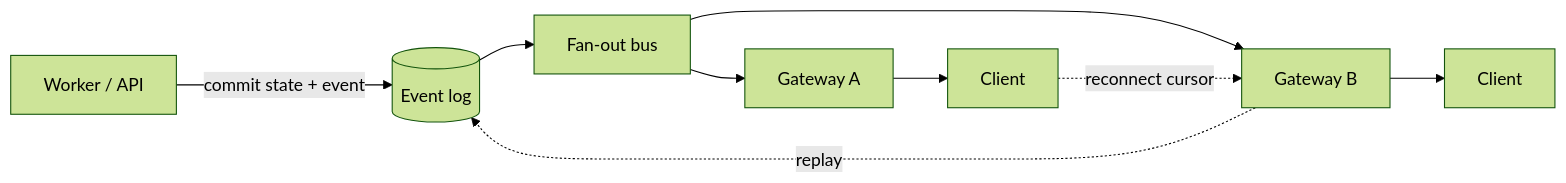
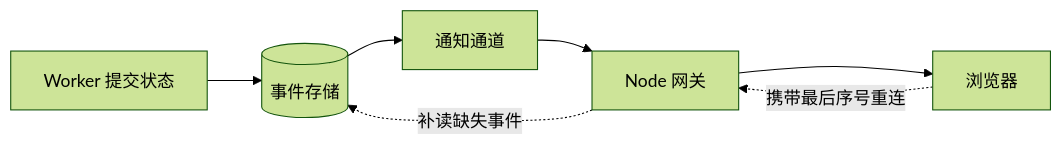
Before and after one commit to upJiang/jiang-blog-vitepress: the diagram in docs/backend/node-realtime.md, drawn with Mermaid (forest theme). The commit also changed other lines of this file and 164 other files, not shown here.

````diff
--- a/docs/backend/node-realtime.md
+++ b/docs/backend/node-realtime.md
@@ -55,11 +24,9 @@
 ```mermaid
 flowchart LR
-  W[Worker / API] -->|commit state + event| D[(Event log)]
-  D --> B[Fan-out bus]
-  B --> G1[Gateway A]
-  B --> G2[Gateway B]
-  G1 --> C1[Client]
-  G2 --> C2[Client]
-  C1 -. reconnect cursor .-> G2
-  G2 -. replay .-> D
+  W[Worker 提交状态] --> D[(事件存储)]
+  D --> N[通知通道]
+  N --> G[Node 网关]
+  G --> B[浏览器]
+  B -. 携带最后序号重连 .-> G
+  G -. 补读缺失事件 .-> D
 ```
````
